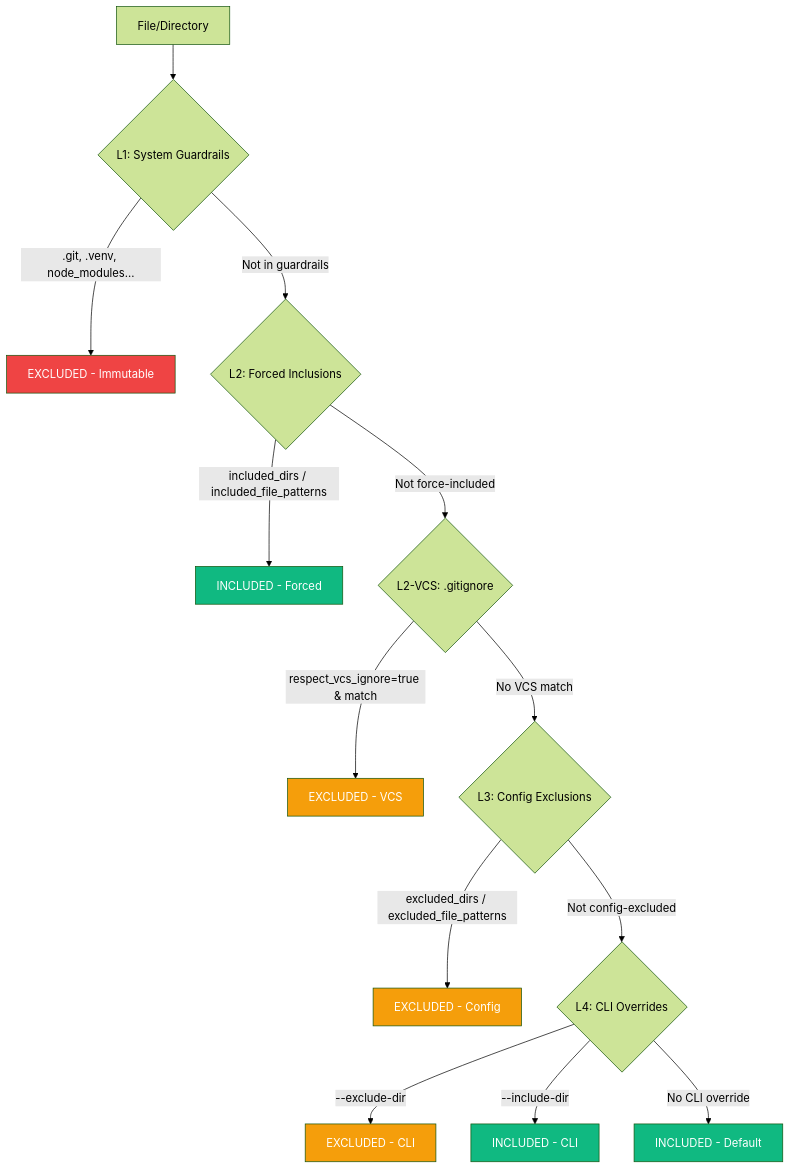
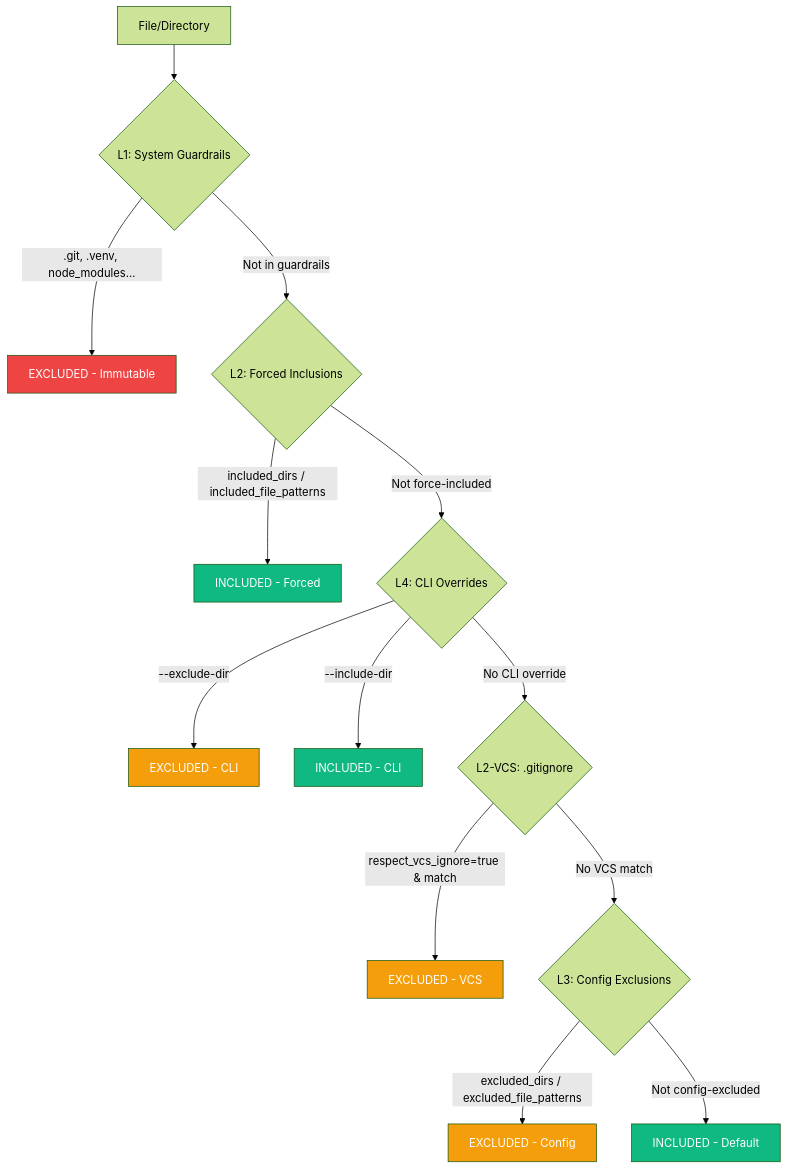
The diagram in docs/explanation/discovery.md (PythonWoods-Dev/zenzic), drawn with Mermaid (forest theme) before and after one commit. The commit also changed other lines of this file and 5 other files, not shown here.

````diff
--- a/docs/explanation/discovery.md
+++ b/docs/explanation/discovery.md
@@ -93,23 +100,23 @@
 ```mermaid
 flowchart TD
     FILE[File/Directory] --> L1{L1: System Guardrails}
     L1 -->|".git, .venv, node_modules..."| EXCLUDED_L1[EXCLUDED - Immutable]
     L1 -->|Not in guardrails| L2{L2: Forced Inclusions}
     L2 -->|"included_dirs / included_file_patterns"| INCLUDED_L2[INCLUDED - Forced]
-    L2 -->|Not force-included| L2VCS{L2-VCS: .gitignore}
+    L2 -->|Not force-included| L4{L4: CLI Overrides}
+    L4 -->|"--exclude-dir"| EXCLUDED_L4[EXCLUDED - CLI]
+    L4 -->|"--include-dir"| INCLUDED_L4[INCLUDED - CLI]
+    L4 -->|No CLI override| L2VCS{L2-VCS: .gitignore}
     L2VCS -->|"respect_vcs_ignore=true & match"| EXCLUDED_VCS[EXCLUDED - VCS]
     L2VCS -->|No VCS match| L3{L3: Config Exclusions}
     L3 -->|"excluded_dirs / excluded_file_patterns"| EXCLUDED_L3[EXCLUDED - Config]
-    L3 -->|Not config-excluded| L4{L4: CLI Overrides}
-    L4 -->|"--exclude-dir"| EXCLUDED_L4[EXCLUDED - CLI]
-    L4 -->|"--include-dir"| INCLUDED_L4[INCLUDED - CLI]
-    L4 -->|No CLI override| INCLUDED[INCLUDED - Default]
+    L3 -->|Not config-excluded| INCLUDED[INCLUDED - Default]
 
     style EXCLUDED_L1 fill:#ef4444,color:#fff
     style EXCLUDED_VCS fill:#f59e0b,color:#fff
     style EXCLUDED_L3 fill:#f59e0b,color:#fff
     style EXCLUDED_L4 fill:#f59e0b,color:#fff
     style INCLUDED_L2 fill:#10b981,color:#fff
     style INCLUDED_L4 fill:#10b981,color:#fff
     style INCLUDED fill:#10b981,color:#fff
 ```
````
